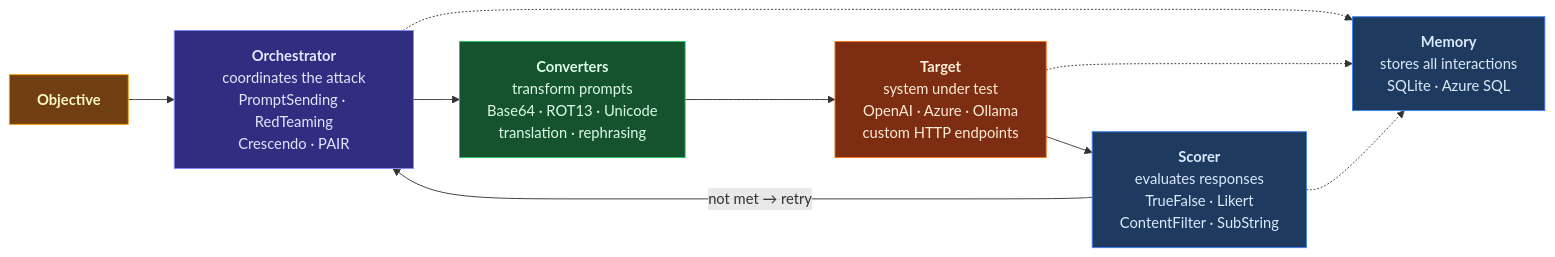
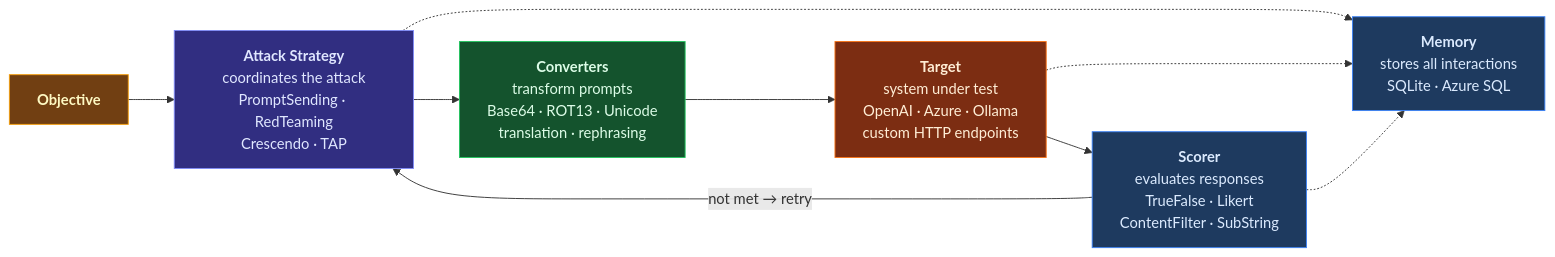
One commit to paullawlor-ai/aisecurityinpractice changed the diagram in src/content/docs/attack-and-red-team/pyrit-zero-to-red-team.md. Above: the diagram before and after it, drawn with Mermaid. The commit also changed other lines of this file, not shown here.

````diff
--- a/src/content/docs/attack-and-red-team/pyrit-zero-to-red-team.md
+++ b/src/content/docs/attack-and-red-team/pyrit-zero-to-red-team.md
@@ -139,30 +148,30 @@
 ```mermaid
 flowchart LR
     OBJ["<b>Objective</b>"]:::objective
 
-    ORCH["<b>Orchestrator</b><br/>coordinates the attack<br/>PromptSending · RedTeaming<br/>Crescendo · PAIR"]:::orch
+    ORCH["<b>Attack Strategy</b><br/>coordinates the attack<br/>PromptSending · RedTeaming<br/>Crescendo · TAP"]:::orch
 
     CONV["<b>Converters</b><br/>transform prompts<br/>Base64 · ROT13 · Unicode<br/>translation · rephrasing"]:::conv
 
     TGT["<b>Target</b><br/>system under test<br/>OpenAI · Azure · Ollama<br/>custom HTTP endpoints"]:::target
 
     SCORE["<b>Scorer</b><br/>evaluates responses<br/>TrueFalse · Likert<br/>ContentFilter · SubString"]:::scorer
 
     MEM["<b>Memory</b><br/>stores all interactions<br/>SQLite · Azure SQL"]:::memory
 
     OBJ --> ORCH
     ORCH --> CONV
     CONV --> TGT
     TGT --> SCORE
     SCORE -- "not met → retry" --> ORCH
     ORCH -.-> MEM
     TGT -.-> MEM
     SCORE -.-> MEM
 
     classDef objective fill:#713f12,stroke:#f59e0b,color:#fef9c3
     classDef orch      fill:#312e81,stroke:#818cf8,color:#e0e7ff
     classDef conv      fill:#14532d,stroke:#22c55e,color:#dcfce7
     classDef target    fill:#7c2d12,stroke:#f97316,color:#ffedd5
     classDef scorer    fill:#1e3a5f,stroke:#3b82f6,color:#dbeafe
     classDef memory    fill:#1e3a5f,stroke:#3b82f6,color:#dbeafe
 ```
````
